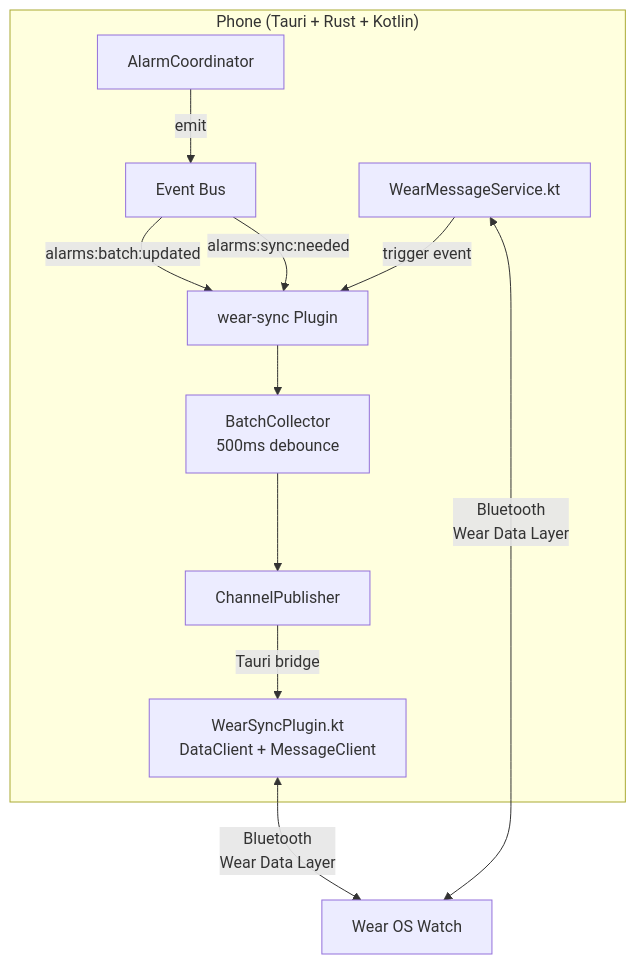
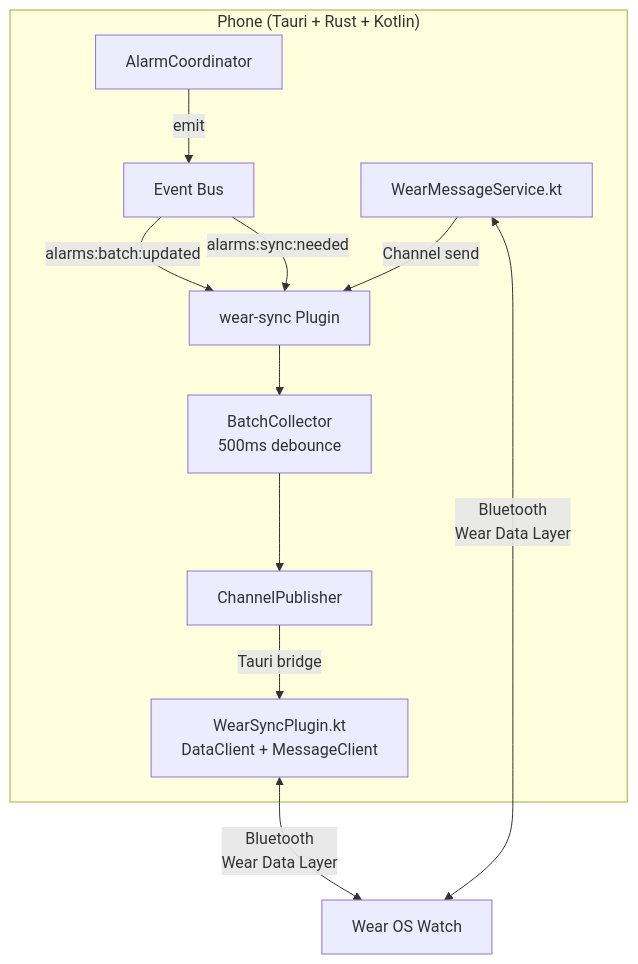
Before and after one commit to liminal-hq/threshold: the first of 3 diagrams in plugins/wear-sync/README.md, drawn with Mermaid. The commit also changed other lines of this file and 3 other files, not shown here.

First line of the commit message:
docs: synchronise wear-sync docs with queue readiness flow

````diff
--- a/plugins/wear-sync/README.md
+++ b/plugins/wear-sync/README.md
@@ -41,15 +41,15 @@
 ```mermaid
 flowchart TD
     subgraph Phone["Phone (Tauri + Rust + Kotlin)"]
         Coord[AlarmCoordinator] -->|emit| Bus[Event Bus]
         Bus -->|alarms:batch:updated| WS[wear-sync Plugin]
         Bus -->|alarms:sync:needed| WS
         WS --> BC[BatchCollector<br/>500ms debounce]
         BC --> CP[ChannelPublisher]
         CP -->|Tauri bridge| KT[WearSyncPlugin.kt<br/>DataClient + MessageClient]
-        WMS[WearMessageService.kt] -->|trigger event| WS
+    WMS[WearMessageService.kt] -->|Channel send| WS
     end
 
     KT <-->|Bluetooth<br/>Wear Data Layer| Watch[Wear OS Watch]
     WMS <-->|Bluetooth<br/>Wear Data Layer| Watch
 ```
````
